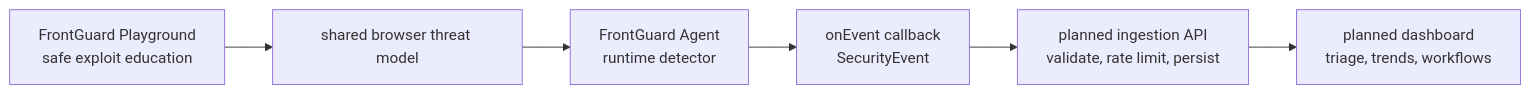
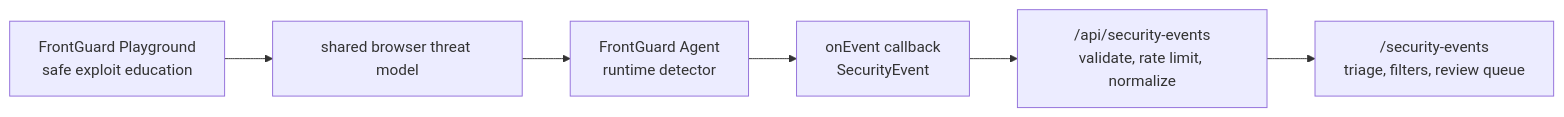
One commit to codejupiter/frontguard changed the diagram in docs/FRONTGUARD_SUITE.md. Above: the diagram before and after it, drawn with Mermaid. The commit also changed other lines of this file and 9 other files, not shown here.

````diff
--- a/docs/FRONTGUARD_SUITE.md
+++ b/docs/FRONTGUARD_SUITE.md
@@ -32,8 +33,8 @@
 ```mermaid
 flowchart LR
   Playground["FrontGuard Playground\nsafe exploit education"] --> ThreatModel["shared browser threat model"]
   ThreatModel --> Agent["FrontGuard Agent\nruntime detector"]
   Agent --> Callback["onEvent callback\nSecurityEvent"]
-  Callback --> Ingestion["planned ingestion API\nvalidate, rate limit, persist"]
-  Ingestion --> Dashboard["planned dashboard\ntriage, trends, workflows"]
+  Callback --> Ingestion["/api/security-events\nvalidate, rate limit, normalize"]
+  Ingestion --> Dashboard["/security-events\ntriage, filters, review queue"]
 ```
````
